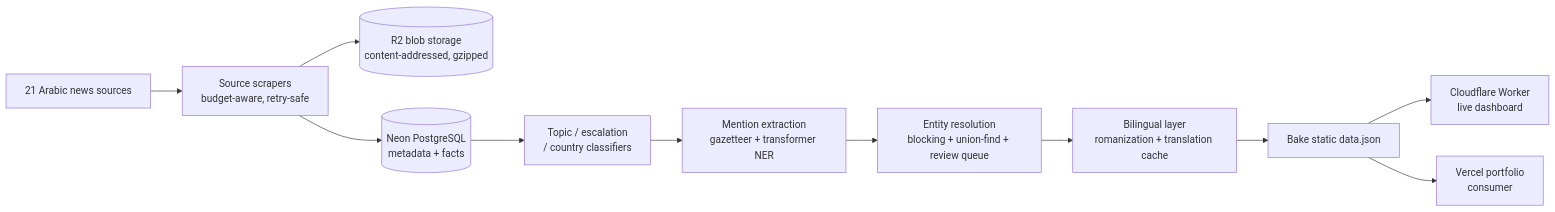
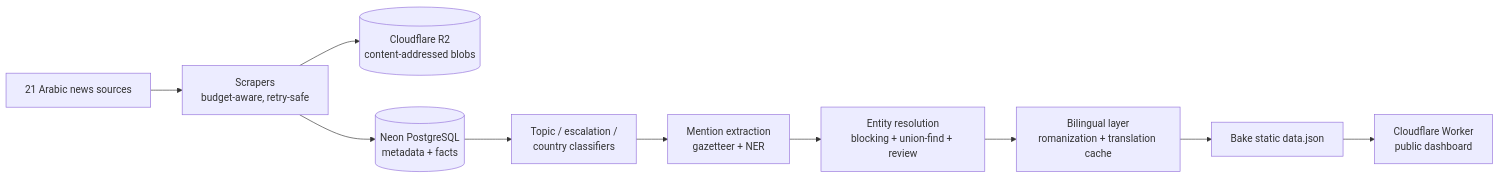
The diagram in README.md (gdayoub/arabic-osint-intelligence-platform), drawn with Mermaid before and after one commit. The commit also changed other lines of this file and 7 other files, not shown here.

````diff
--- a/README.md
+++ b/README.md
@@ -57,13 +40,12 @@
 ```mermaid
 flowchart LR
-    A[21 Arabic news sources] --> B[Source scrapers\nbudget-aware, retry-safe]
-    B --> C[(R2 blob storage\ncontent-addressed, gzipped)]
-    B --> D[(Neon PostgreSQL\nmetadata + facts)]
-    D --> E[Topic / escalation\n/ country classifiers]
-    E --> F[Mention extraction\ngazetteer + transformer NER]
-    F --> G[Entity resolution\nblocking + union-find + review queue]
-    G --> H[Bilingual layer\nromanization + translation cache]
+    A[21 Arabic news sources] --> B[Scrapers<br/>budget-aware, retry-safe]
+    B --> C[(Cloudflare R2<br/>content-addressed blobs)]
+    B --> D[(Neon PostgreSQL<br/>metadata + facts)]
+    D --> E[Topic / escalation /<br/>country classifiers]
+    E --> F[Mention extraction<br/>gazetteer + NER]
+    F --> G[Entity resolution<br/>blocking + union-find + review]
+    G --> H[Bilingual layer<br/>romanization + translation cache]
     H --> I[Bake static data.json]
-    I --> J[Cloudflare Worker\nlive dashboard]
-    I --> K[Vercel portfolio\nconsumer]
+    I --> J[Cloudflare Worker<br/>public dashboard]
 ```
````
